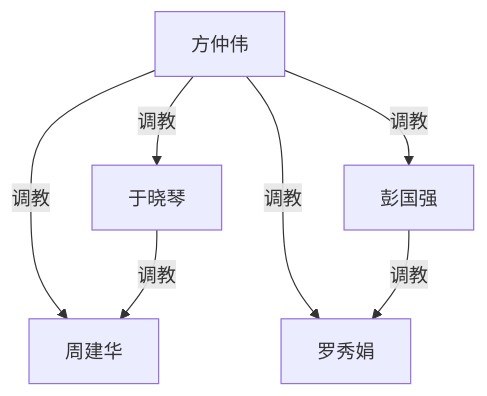
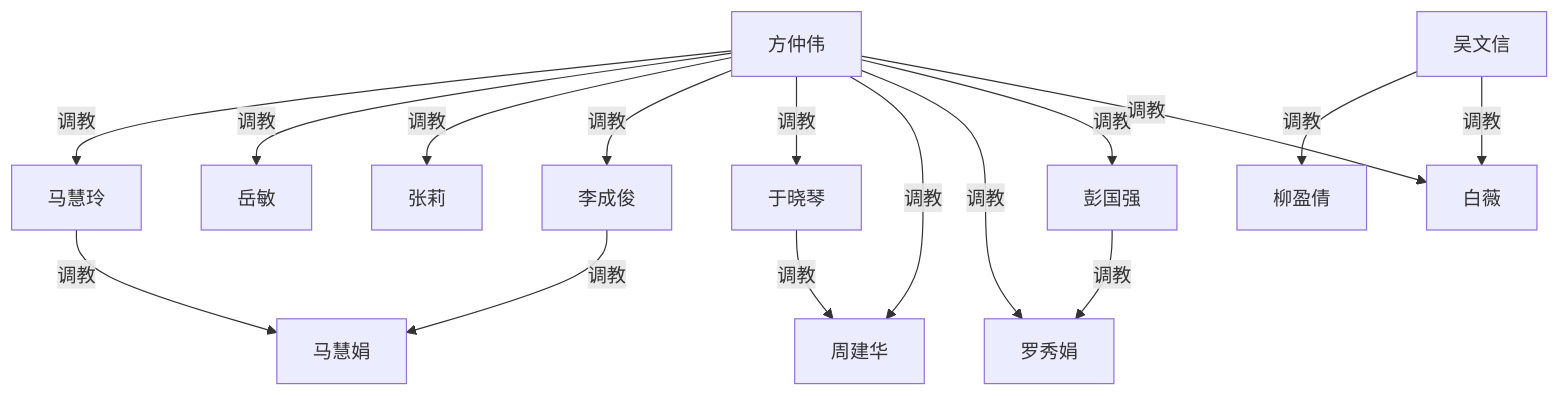
Before and after one commit to victor-w-ma/victor-w-ma.github.io: the diagram in post_metadata/2020-04-10-family-discipline.md, drawn with Mermaid. The commit also changed other lines of this file, not shown here.

Commit message:
Expand full continuation design for Fang Zhongwei, Bai Wei, and crossover.

````diff
--- a/post_metadata/2020-04-10-family-discipline.md
+++ b/post_metadata/2020-04-10-family-discipline.md
@@ -70,15 +135,32 @@
 ```mermaid
 graph TD
  fang["方仲伟"]
- yu["于晓琴"]
- zhou["周建华"]
- luo["罗秀娟"]
- peng["彭国强"]
+ wu["吴文信"]
+ huiling["马慧玲"]
+ yuemin["岳敏"]
+ zhangli["张莉"]
+ huijuan["马慧娟"]
+ chengjun["李成俊"]
+ yuxiaoqin["于晓琴"]
+ zhoujianhua["周建华"]
+ luoxiujuan["罗秀娟"]
+ pengguoqiang["彭国强"]
+ yingqian["柳盈倩"]
+ baiwei["白薇"]
 
- fang -->|调教| yu
- fang -->|调教| zhou
- fang -->|调教| luo
- fang -->|调教| peng
- yu -->|调教| zhou
- peng -->|调教| luo
+ fang -->|调教| huiling
+ fang -->|调教| yuemin
+ fang -->|调教| zhangli
+ fang -->|调教| chengjun
+ fang -->|调教| yuxiaoqin
+ fang -->|调教| zhoujianhua
+ fang -->|调教| luoxiujuan
+ fang -->|调教| pengguoqiang
+ fang -->|调教| baiwei
+ huiling -->|调教| huijuan
+ chengjun -->|调教| huijuan
+ yuxiaoqin -->|调教| zhoujianhua
+ pengguoqiang -->|调教| luoxiujuan
+ wu -->|调教| yingqian
+ wu -->|调教| baiwei
 ```
````
